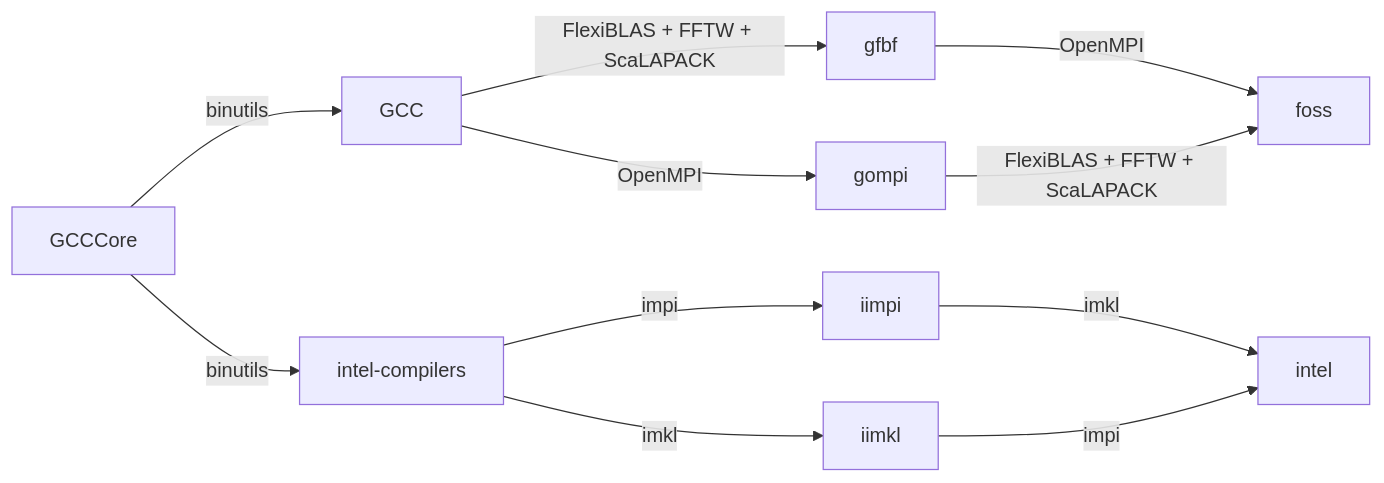
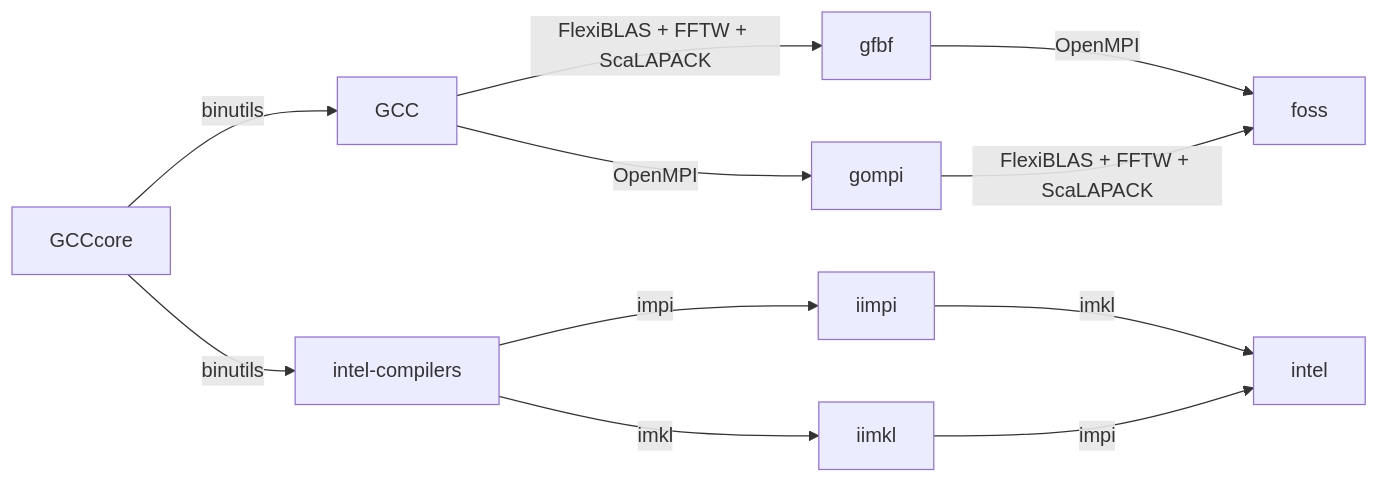
One commit to easybuilders/easybuild-docs changed the diagram in docs/common-toolchains.md. Above: the diagram before and after it, drawn with Mermaid.

Commit message:
"GCCCore" -> "GCCcore" in toolchains page

````diff
--- a/docs/common-toolchains.md
+++ b/docs/common-toolchains.md
@@ -48,13 +48,13 @@
 ``` mermaid
 graph LR
-  A[GCCCore] --> |binutils| B[GCC];
+  A[GCCcore] --> |binutils| B[GCC];
   A --> |binutils| C[intel-compilers];
   B --> |OpenMPI| E[gompi];
   C --> |impi| F[iimpi];
   B --> |FlexiBLAS + FFTW + ScaLAPACK| D[gfbf];
   D --> |OpenMPI| G[foss];
   E --> |FlexiBLAS + FFTW + ScaLAPACK| G[foss];
   F --> |imkl| Z[intel];
   C --> |imkl| H[iimkl];
   H --> |impi| Z[intel];
 ```
````
